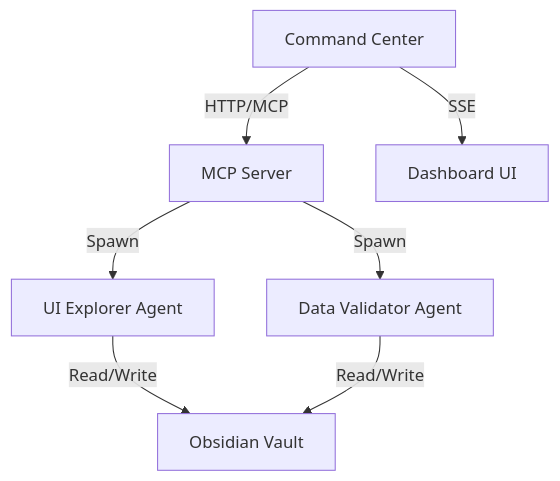
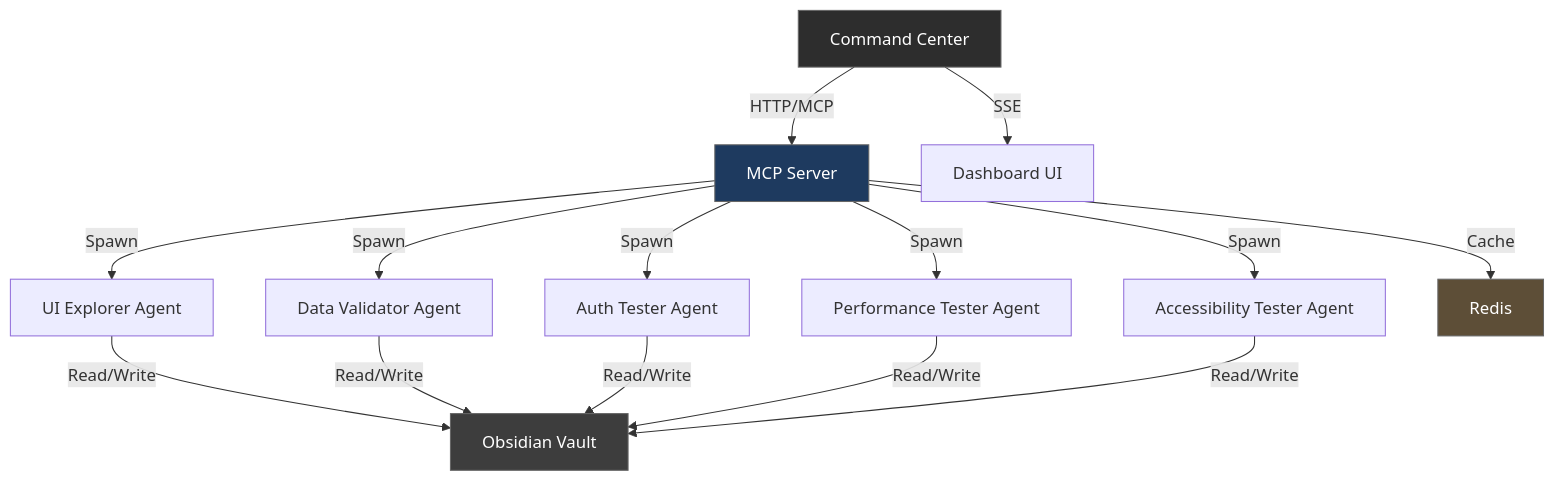
Before and after one commit to Artflarex-Limited/vectra-qa: the diagram in docs/index.md, drawn with Mermaid. The commit also changed other lines of this file and 48 other files, not shown here.

First line of the commit message:
feat: production-ready v1.0 with 6 feature testers, LLM cache, Redis queue

````diff
--- a/docs/index.md
+++ b/docs/index.md
@@ -38,9 +48,21 @@
 ```mermaid
 graph TD
     A[Command Center] -- HTTP/MCP --> B[MCP Server]
     B -- Spawn --> C[UI Explorer Agent]
     B -- Spawn --> D[Data Validator Agent]
-    C -- Read/Write --> E[Obsidian Vault]
-    D -- Read/Write --> E
-    A -- SSE --> F[Dashboard UI]
+    B -- Spawn --> E[Auth Tester Agent]
+    B -- Spawn --> F[Performance Tester Agent]
+    B -- Spawn --> G[Accessibility Tester Agent]
+    C -- Read/Write --> H[Obsidian Vault]
+    D -- Read/Write --> H
+    E -- Read/Write --> H
+    F -- Read/Write --> H
+    G -- Read/Write --> H
+    B -- Cache --> I[Redis]
+    A -- SSE --> J[Dashboard UI]
+    
+    style A fill:#2d2d2d,stroke:#666,color:#fff
+    style B fill:#1e3a5f,stroke:#666,color:#fff
+    style H fill:#3d3d3d,stroke:#666,color:#fff
+    style I fill:#5d4e37,stroke:#666,color:#fff
 ```
````
